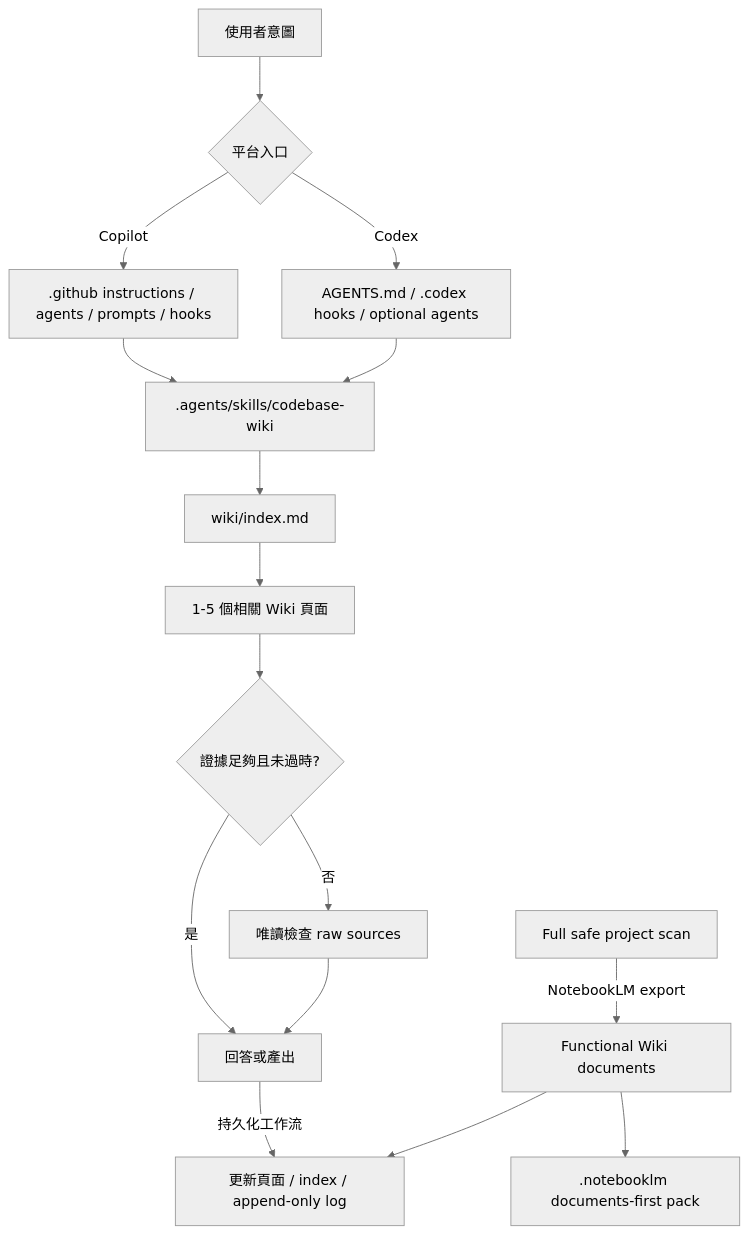
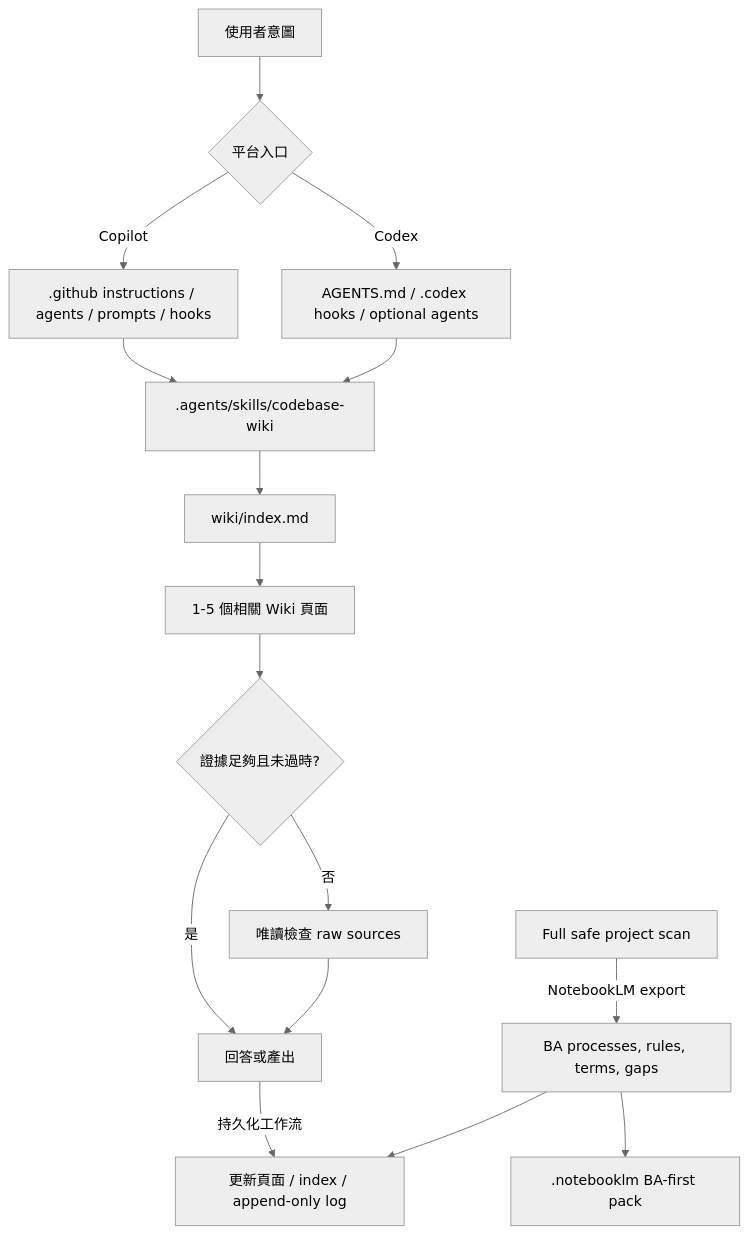
Before and after one commit to dennis8499/code-base-llm-wiki: the diagram in docs/architecture/README.md, drawn with Mermaid (neutral theme). The commit also changed other lines of this file and 60 other files, not shown here.

````diff
--- a/docs/architecture/README.md
+++ b/docs/architecture/README.md
@@ -13,18 +13,18 @@
 ```mermaid
 flowchart TB
     User[使用者意圖] --> Entry{平台入口}
     Entry -->|Copilot| GH[.github instructions / agents / prompts / hooks]
     Entry -->|Codex| CX[AGENTS.md / .codex hooks / optional agents]
     GH --> Skill[.agents/skills/codebase-wiki]
     CX --> Skill
     Skill --> Index[wiki/index.md]
     Index --> Pages[1-5 個相關 Wiki 頁面]
     Pages --> Enough{證據足夠且未過時?}
     Enough -->|是| Result[回答或產出]
     Enough -->|否| Sources[唯讀檢查 raw sources]
     Sources --> Result
     Result -->|持久化工作流| Wiki[更新頁面 / index / append-only log]
-    Project[Full safe project scan] -->|NotebookLM export| Docs[Functional Wiki documents]
+    Project[Full safe project scan] -->|NotebookLM export| Docs[BA processes, rules, terms, gaps]
     Docs --> Wiki
-    Docs --> Pack[.notebooklm documents-first pack]
+    Docs --> Pack[.notebooklm BA-first pack]
 ```
````
